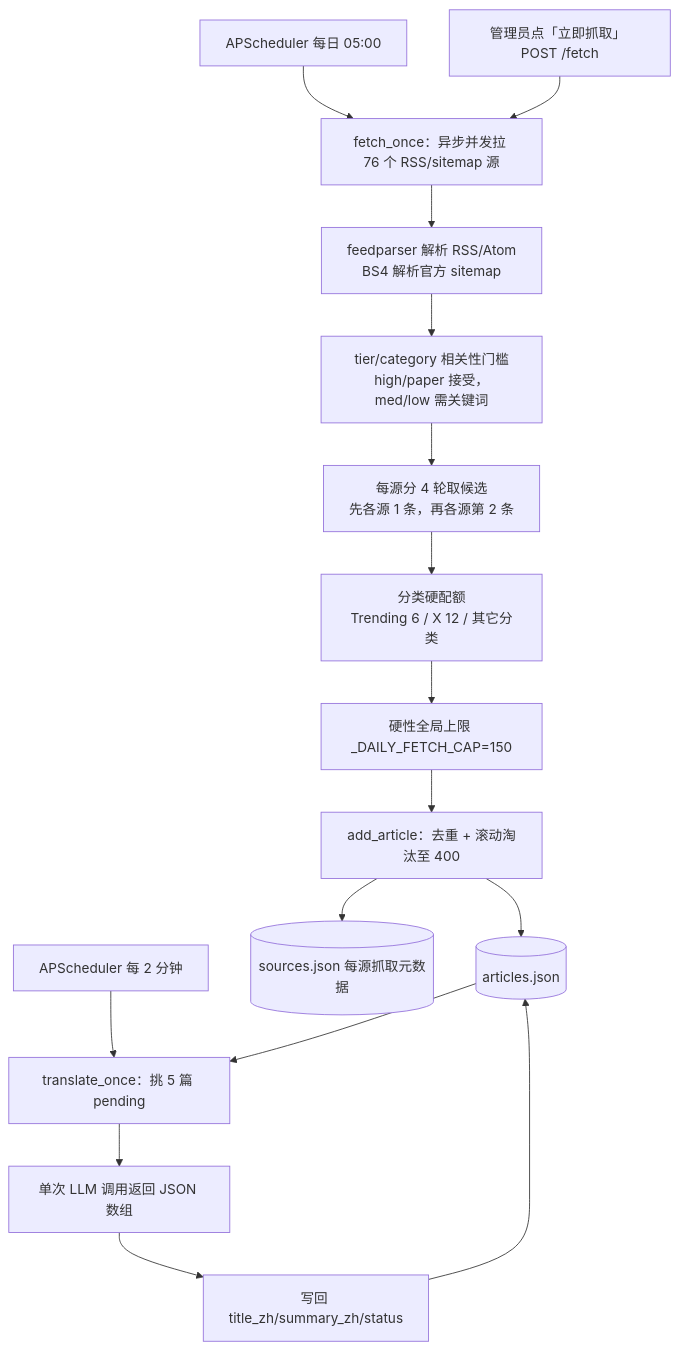
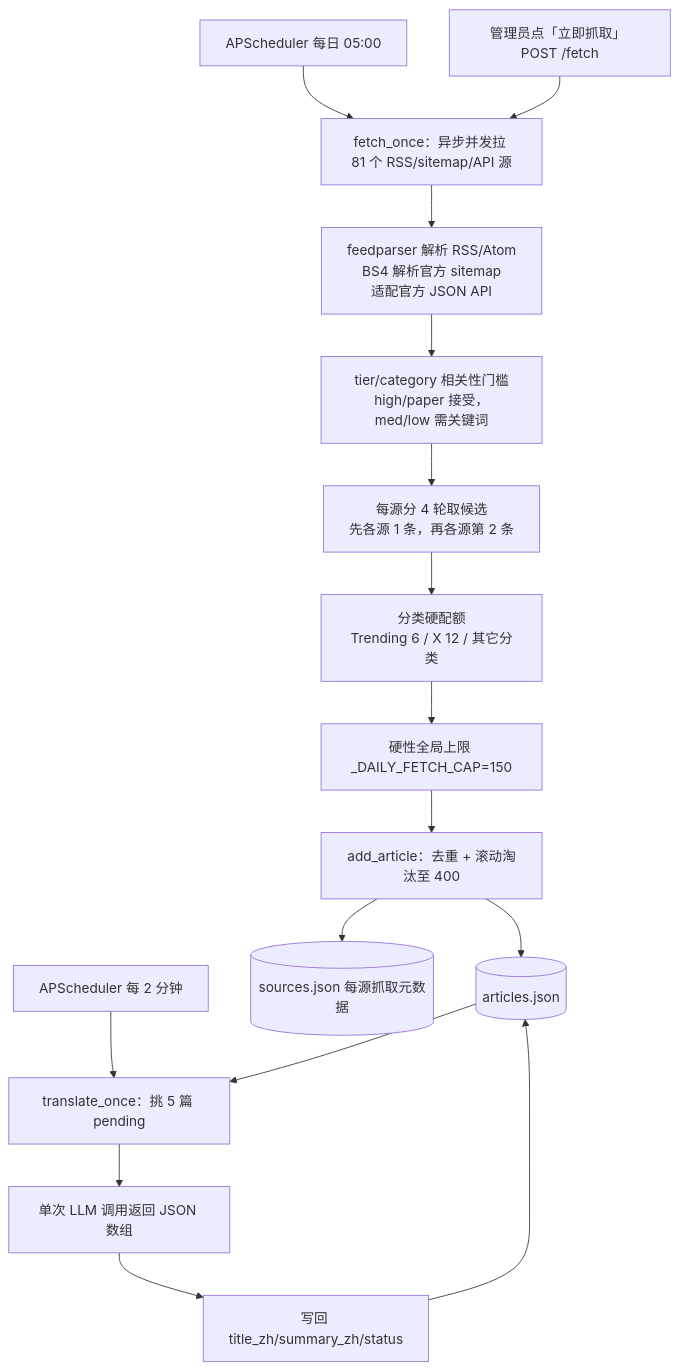
Before and after one commit to nikefd/ai-frontier-agent: the diagram in llmdoc/architecture/rss-pipeline-architecture.md, drawn with Mermaid. The commit also changed other lines of this file and 11 other files, not shown here.

````diff
--- a/llmdoc/architecture/rss-pipeline-architecture.md
+++ b/llmdoc/architecture/rss-pipeline-architecture.md
@@ -10,20 +10,20 @@
 ```mermaid
 flowchart TD
   cron[APScheduler 每日 05:00] --> fetch
   manual[管理员点「立即抓取」 POST /fetch] --> fetch
-  fetch[fetch_once：异步并发拉 76 个 RSS/sitemap 源]
-  fetch --> parse[feedparser 解析 RSS/Atom<br/>BS4 解析官方 sitemap]
+  fetch[fetch_once：异步并发拉 81 个 RSS/sitemap/API 源]
+  fetch --> parse[feedparser 解析 RSS/Atom<br/>BS4 解析官方 sitemap<br/>适配官方 JSON API]
   parse --> gate[tier/category 相关性门槛<br/>high/paper 接受，med/low 需关键词]
   gate --> rounds[每源分 4 轮取候选<br/>先各源 1 条，再各源第 2 条]
   rounds --> category[分类硬配额<br/>Trending 6 / X 12 / 其它分类]
   category --> global[硬性全局上限 _DAILY_FETCH_CAP=150]
   global --> store[add_article：去重 + 滚动淘汰至 400]
   store --> articles[(articles.json)]
   store --> meta[(sources.json 每源抓取元数据)]
 
   tick[APScheduler 每 2 分钟] --> trans[translate_once：挑 5 篇 pending]
   articles --> trans
   trans --> llm[单次 LLM 调用返回 JSON 数组]
   llm --> writeback[写回 title_zh/summary_zh/status]
   writeback --> articles
 ```
````
